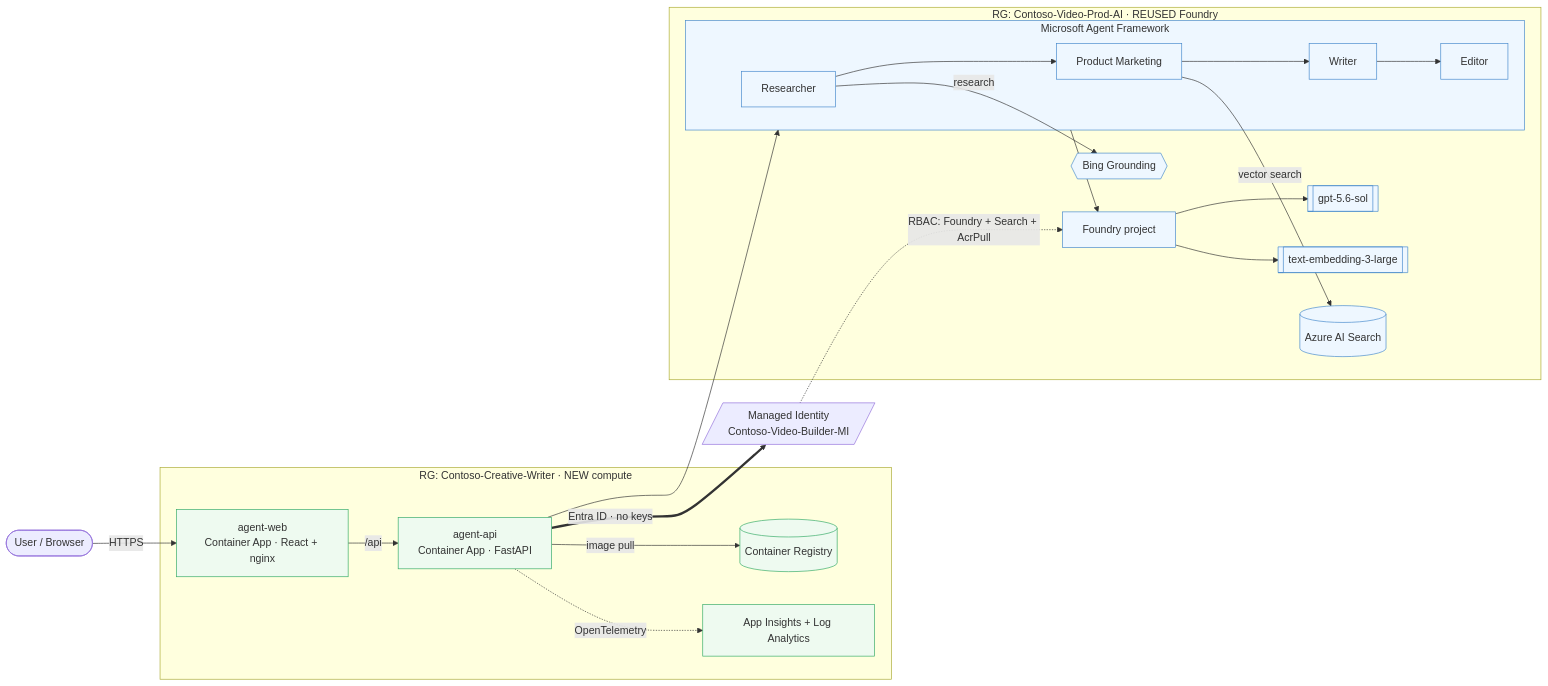
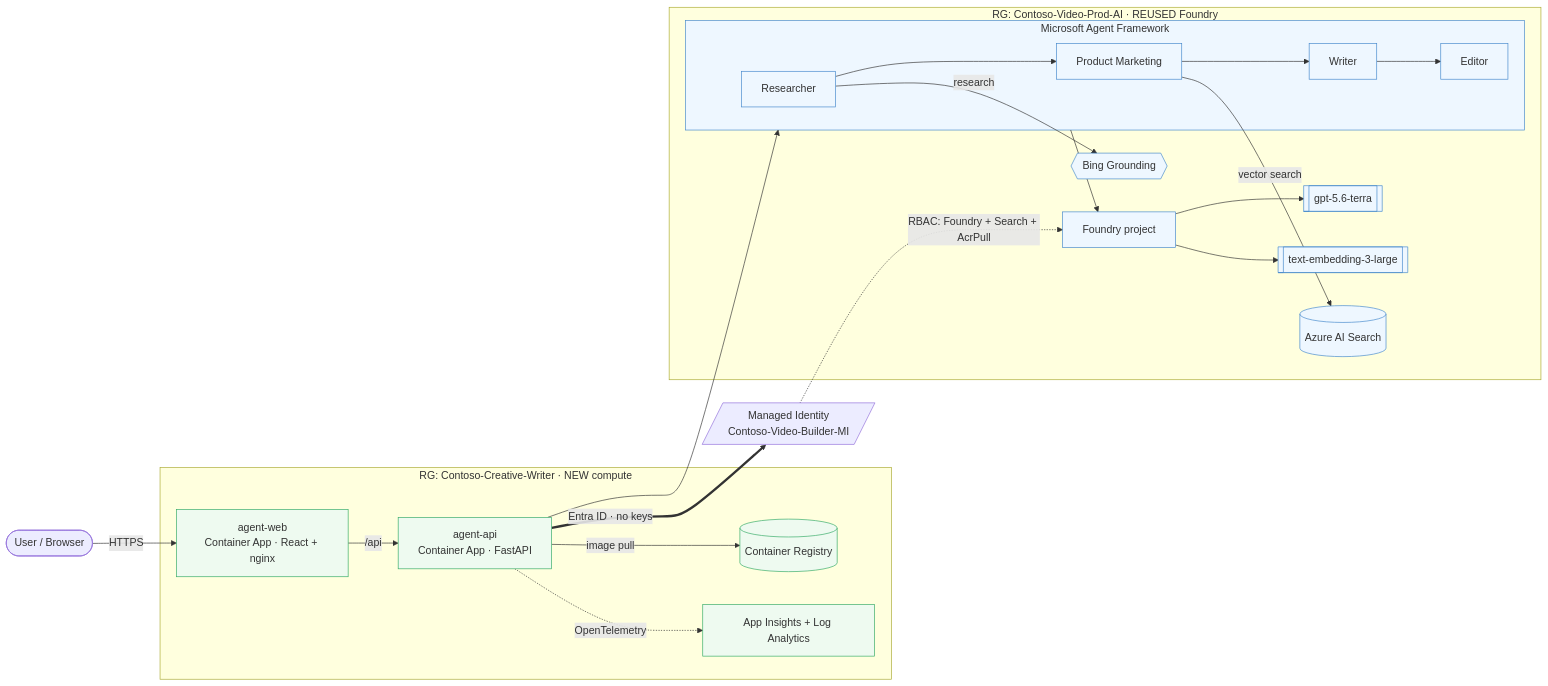
The diagram in README.md (Jinssi/creative-writer), drawn with Mermaid before and after one commit. The commit also changed other lines of this file and 21 other files, not shown here.

First line of the commit message:
Deploy fixes: real models (gpt-5.6-terra/luna), agent-framework-foundry, resilient telemetry; demo eval scaffolding

````diff
--- a/README.md
+++ b/README.md
@@ -76,38 +76,38 @@
 ```mermaid
 flowchart LR
   user([User / Browser])
 
   subgraph RG1["RG: Contoso-Creative-Writer · NEW compute"]
     web["agent-web<br/>Container App · React + nginx"]
     api["agent-api<br/>Container App · FastAPI"]
     acr[("Container Registry")]
     obs["App Insights + Log Analytics"]
   end
 
   subgraph RG2["RG: Contoso-Video-Prod-AI · REUSED Foundry"]
     proj["Foundry project"]
     subgraph agents["Microsoft Agent Framework"]
       r["Researcher"] --> p["Product Marketing"] --> w["Writer"] --> e["Editor"]
     end
-    m1[["gpt-5.6-sol"]]
+    m1[["gpt-5.6-terra"]]
     emb[["text-embedding-3-large"]]
     bing{{"Bing Grounding"}}
     srch[("Azure AI Search")]
   end
 
   mi[/"Managed Identity<br/>Contoso-Video-Builder-MI"/]
 
   user -->|HTTPS| web -->|/api| api --> agents
   r -->|research| bing
   p -->|vector search| srch
   agents --> proj --> m1 & emb
   api -. OpenTelemetry .-> obs
   api ==>|"Entra ID · no keys"| mi
   mi -. "RBAC: Foundry + Search + AcrPull" .-> proj
   api -->|image pull| acr
 
   classDef reuse fill:#eef7ff,stroke:#4488cc;
   classDef new fill:#eefaf0,stroke:#33aa66;
   class proj,agents,r,p,w,e,m1,emb,bing,srch reuse;
   class web,api,acr,obs new;
 ```
````
